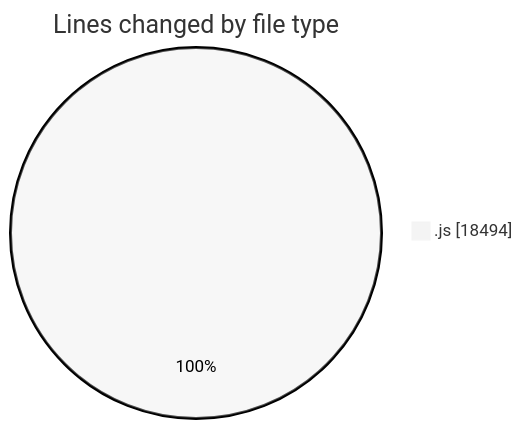
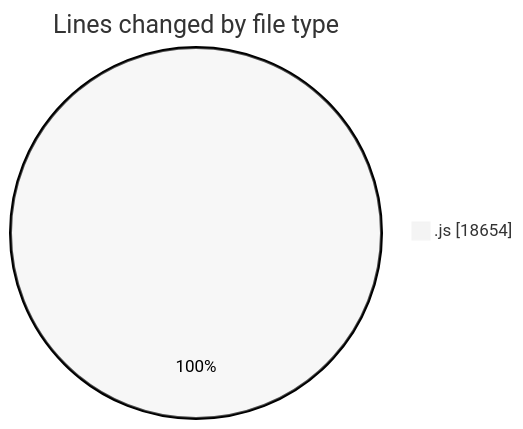
One commit to nxtqubesakshisongat/code-tracking changed the first of 2 diagrams in 2025-09-30/nxtqube_webapp/README.md. Above: the diagram before and after it, drawn with Mermaid (neutral theme). The commit also changed other lines of this file and 1 other file, not shown here.

````diff
--- a/2025-09-30/nxtqube_webapp/README.md
+++ b/2025-09-30/nxtqube_webapp/README.md
@@ -20,5 +20,5 @@
 ```mermaid
 pie showData
 title Lines changed by file type
-".js" : 18494
+".js" : 18654
 ```
````
